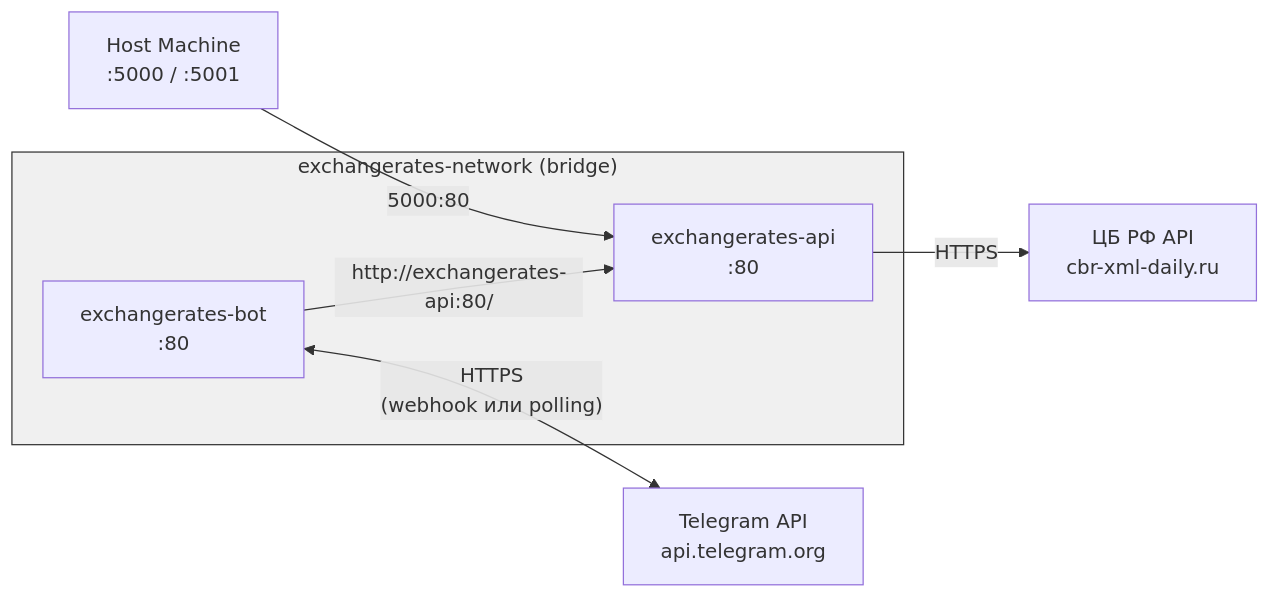
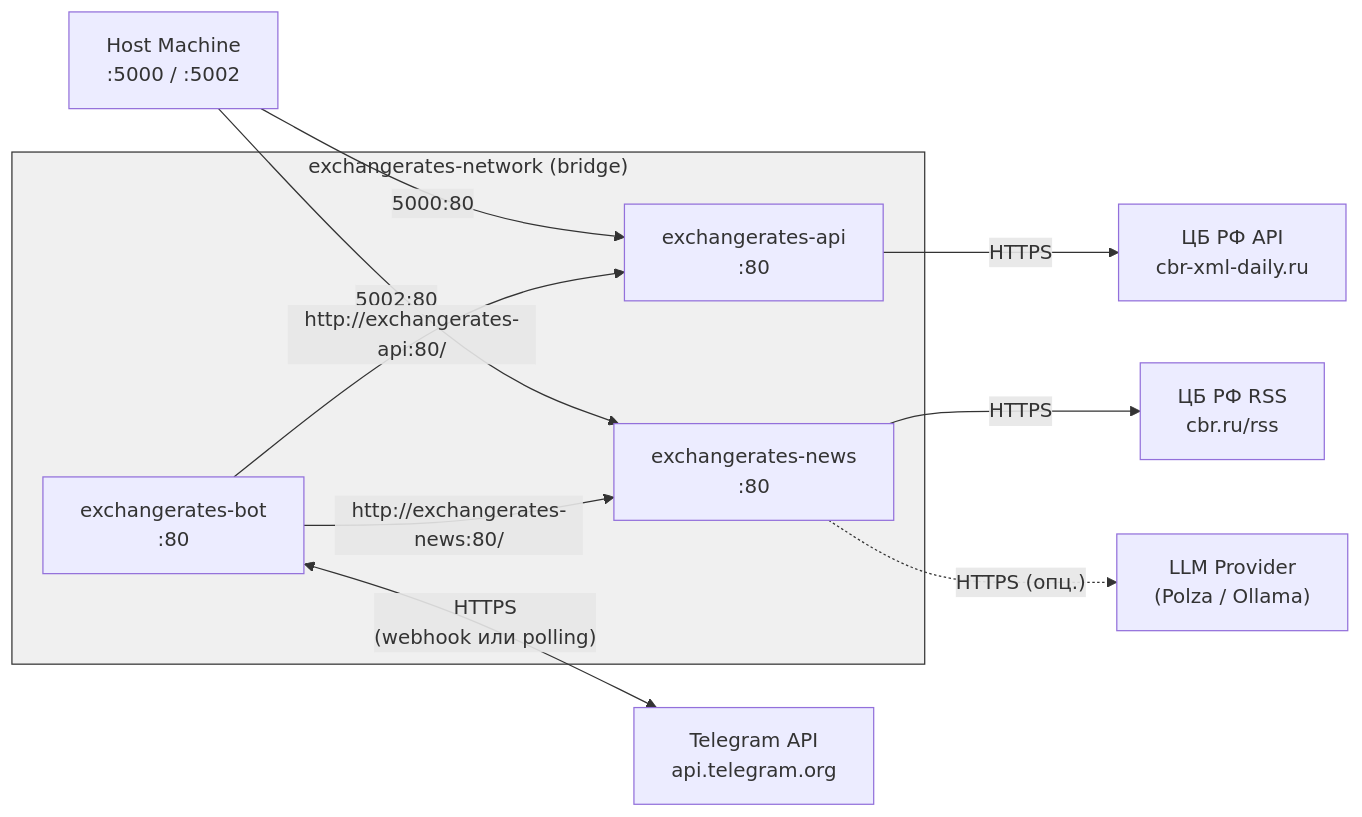
Before and after one commit to Jenausmax/ExchangeRates.Api: the ninth of 20 diagrams in doc/architecture.md, drawn with Mermaid. The commit also changed other lines of this file and 2 other files, not shown here.

````diff
--- a/doc/architecture.md
+++ b/doc/architecture.md
@@ -367,18 +521,25 @@
 ```mermaid
 graph LR
     subgraph DockerNetwork["exchangerates-network (bridge)"]
         API["exchangerates-api<br/>:80"]
         Bot["exchangerates-bot<br/>:80"]
+        News["exchangerates-news<br/>:80"]
     end
 
-    Host["Host Machine<br/>:5000 / :5001"]
+    Host["Host Machine<br/>:5000 / :5002"]
     TelegramCloud["Telegram API<br/>api.telegram.org"]
     CBR["ЦБ РФ API<br/>cbr-xml-daily.ru"]
+    CBRRSS["ЦБ РФ RSS<br/>cbr.ru/rss"]
+    LLM["LLM Provider<br/>(Polza / Ollama)"]
 
     Host -->|"5000:80"| API
+    Host -->|"5002:80"| News
     Bot -->|"http://exchangerates-api:80/"| API
+    Bot -->|"http://exchangerates-news:80/"| News
     API -->|"HTTPS"| CBR
+    News -->|"HTTPS"| CBRRSS
+    News -.->|"HTTPS (опц.)"| LLM
     Bot <-->|"HTTPS<br/>(webhook или polling)"| TelegramCloud
 
     style DockerNetwork fill:#f0f0f0,stroke:#333
 ```
````
